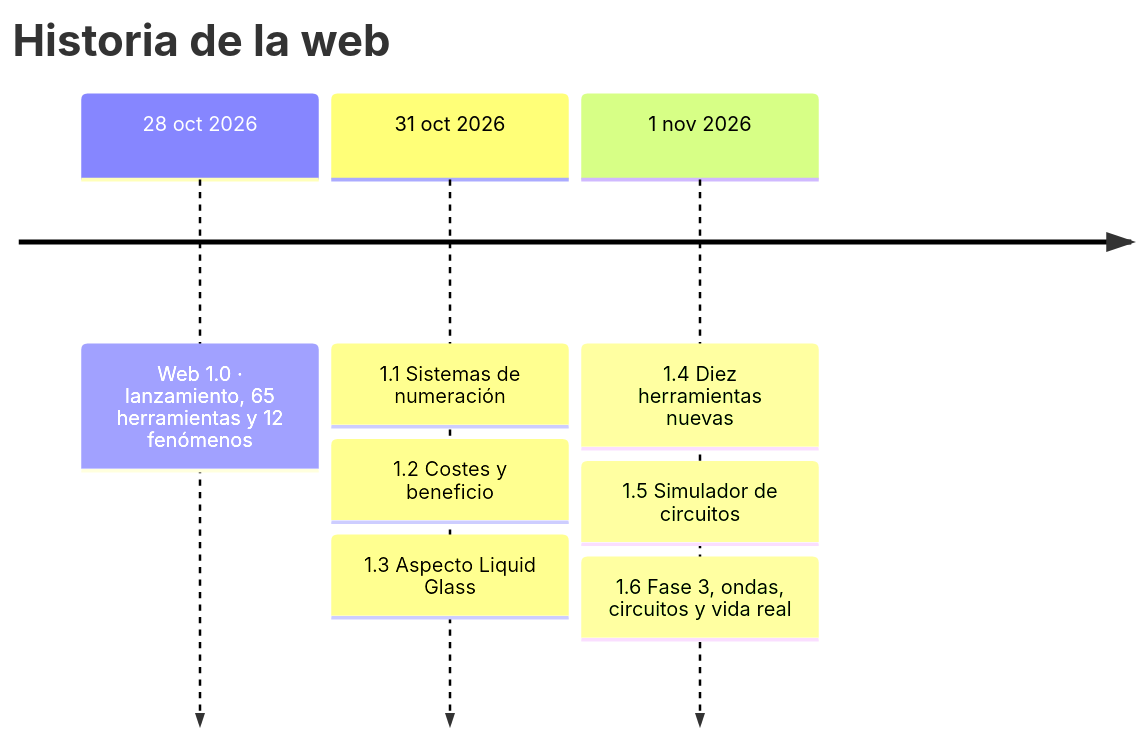
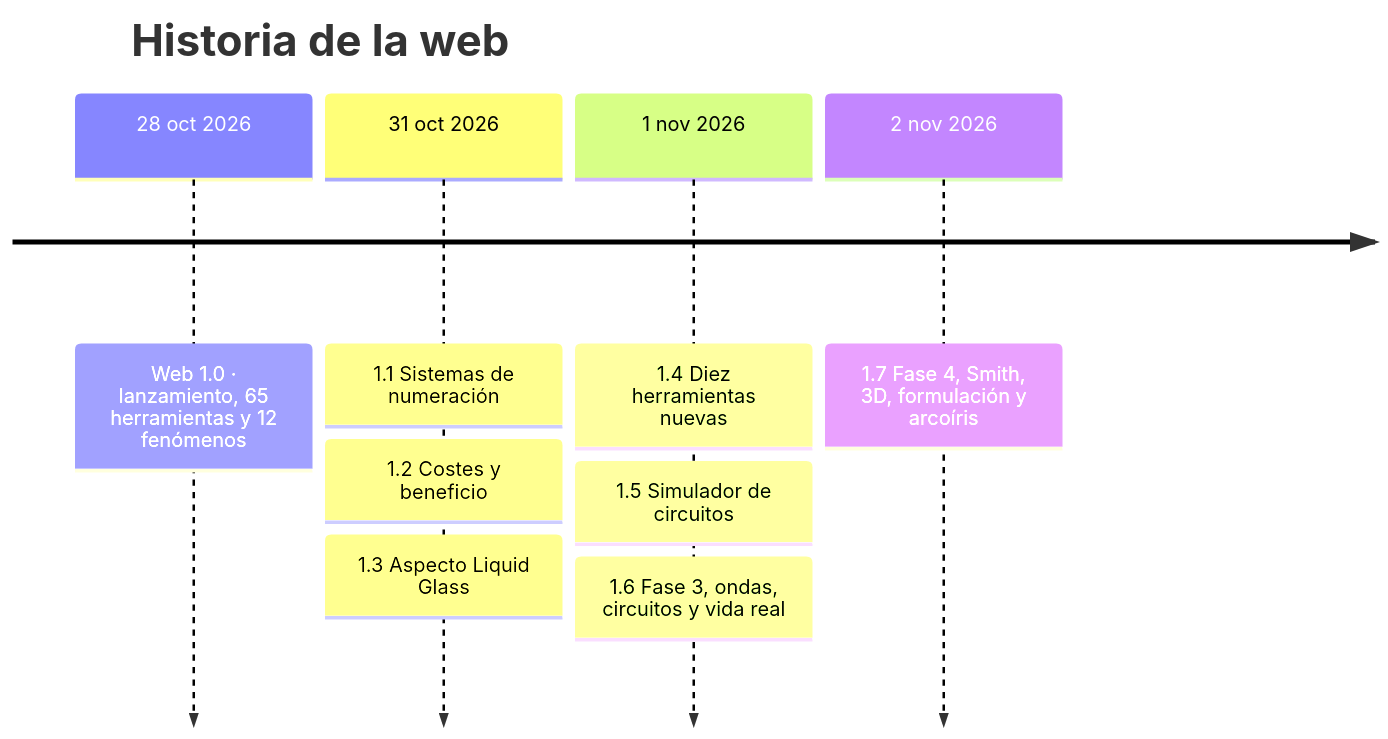
Before and after one commit to Danijimzzz/Electromagnetismo: the diagram in README.md, drawn with Mermaid. The commit also changed other lines of this file and 119 other files, not shown here.

````diff
--- a/README.md
+++ b/README.md
@@ -31,7 +31,8 @@
 ```mermaid
 timeline
     title Historia de la web
     28 oct 2026 : Web 1.0 · lanzamiento, 65 herramientas y 12 fenómenos
     31 oct 2026 : 1.1 Sistemas de numeración : 1.2 Costes y beneficio : 1.3 Aspecto Liquid Glass
     1 nov 2026 : 1.4 Diez herramientas nuevas : 1.5 Simulador de circuitos : 1.6 Fase 3, ondas, circuitos y vida real
+    2 nov 2026 : 1.7 Fase 4, Smith, 3D, formulación y arcoíris
 ```
````
